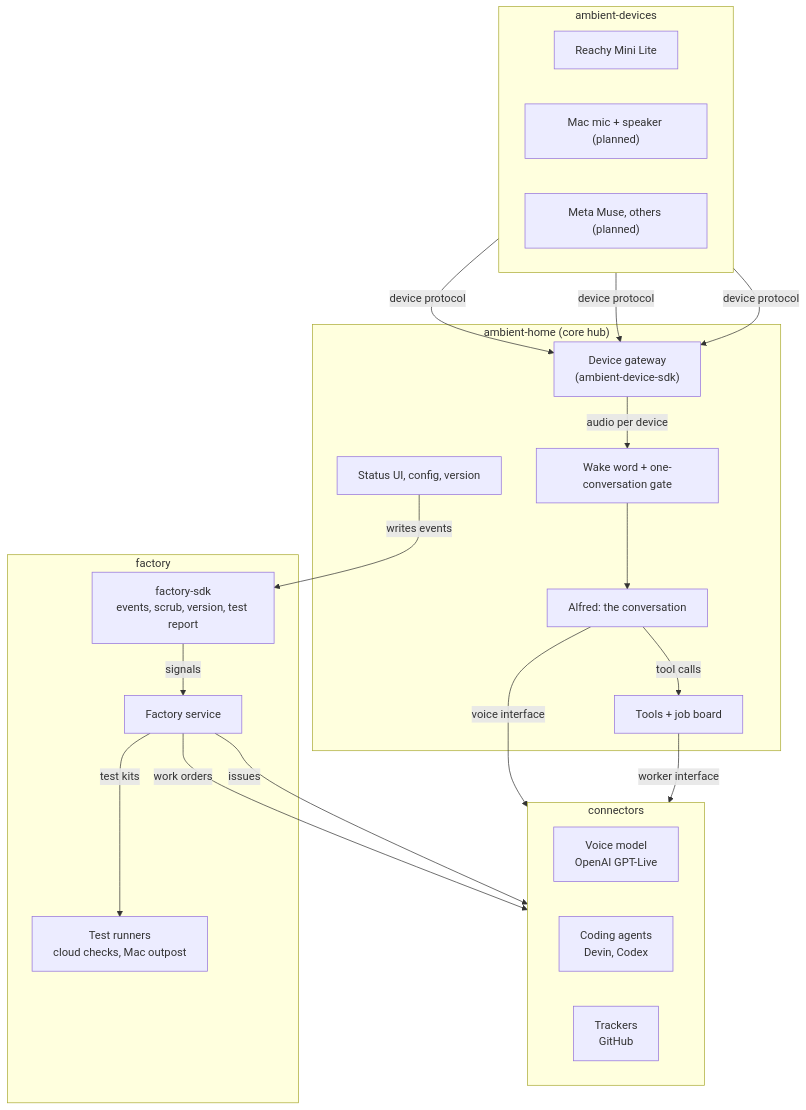
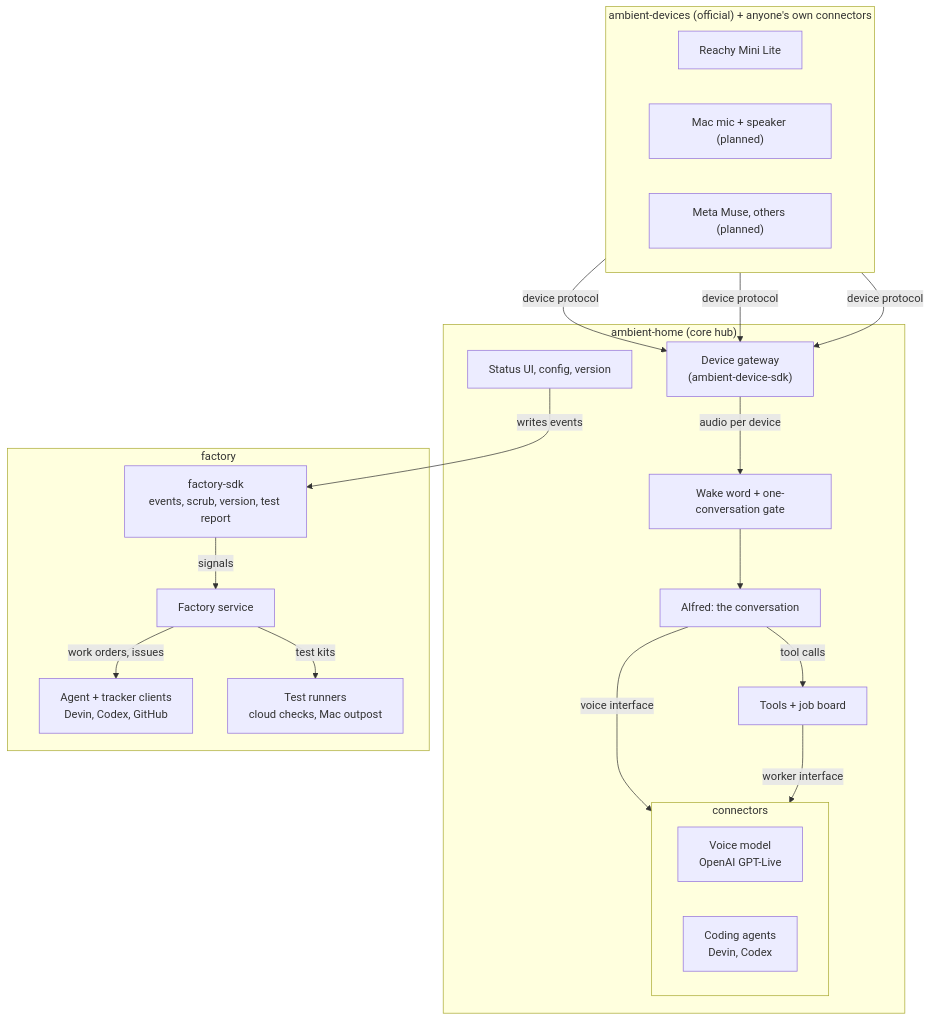
One commit to sesh11/ambient-home changed the diagram in docs/architecture.md. Above: the diagram before and after it, drawn with Mermaid. The commit also changed other lines of this file, not shown here.

Commit message:
Architecture doc: three repos, connectors stay in ambient-home

````diff
--- a/docs/architecture.md
+++ b/docs/architecture.md
@@ -18,41 +17,39 @@
 ```mermaid
 flowchart TB
-    subgraph DEV["ambient-devices"]
+    subgraph DEV["ambient-devices (official) + anyone's own connectors"]
         direction LR
         REACHY["Reachy Mini Lite"]
         MAC["Mac mic + speaker (planned)"]
         MUSE["Meta Muse, others (planned)"]
     end
 
     subgraph CORE["ambient-home (core hub)"]
         GW["Device gateway<br/>(ambient-device-sdk)"]
         WAKE["Wake word + one-conversation gate"]
         BRAIN["Alfred: the conversation"]
         JOBS["Tools + job board"]
         APP["Status UI, config, version"]
-    end
-
-    subgraph CONN["connectors"]
-        direction LR
-        VOICE["Voice model<br/>OpenAI GPT-Live"]
-        WORK["Coding agents<br/>Devin, Codex"]
-        TRACK["Trackers<br/>GitHub"]
+        subgraph CONN["connectors"]
+            direction LR
+            VOICE["Voice model<br/>OpenAI GPT-Live"]
+            WORK["Coding agents<br/>Devin, Codex"]
+        end
     end
 
     subgraph FAC["factory"]
         SDK["factory-sdk<br/>events, scrub, version, test report"]
         LOOP["Factory service"]
+        FCONN["Agent + tracker clients<br/>Devin, Codex, GitHub"]
         RUN["Test runners<br/>cloud checks, Mac outpost"]
     end
 
     REACHY & MAC & MUSE -- "device protocol" --> GW
     GW -- "audio per device" --> WAKE --> BRAIN
     BRAIN -- "voice interface" --> VOICE
     BRAIN -- "tool calls" --> JOBS
     JOBS -- "worker interface" --> WORK
     APP -- "writes events" --> SDK
     SDK -- "signals" --> LOOP
-    LOOP -- "work orders" --> WORK
-    LOOP -- "issues" --> TRACK
+    LOOP -- "work orders, issues" --> FCONN
     LOOP -- "test kits" --> RUN
 ```
````
